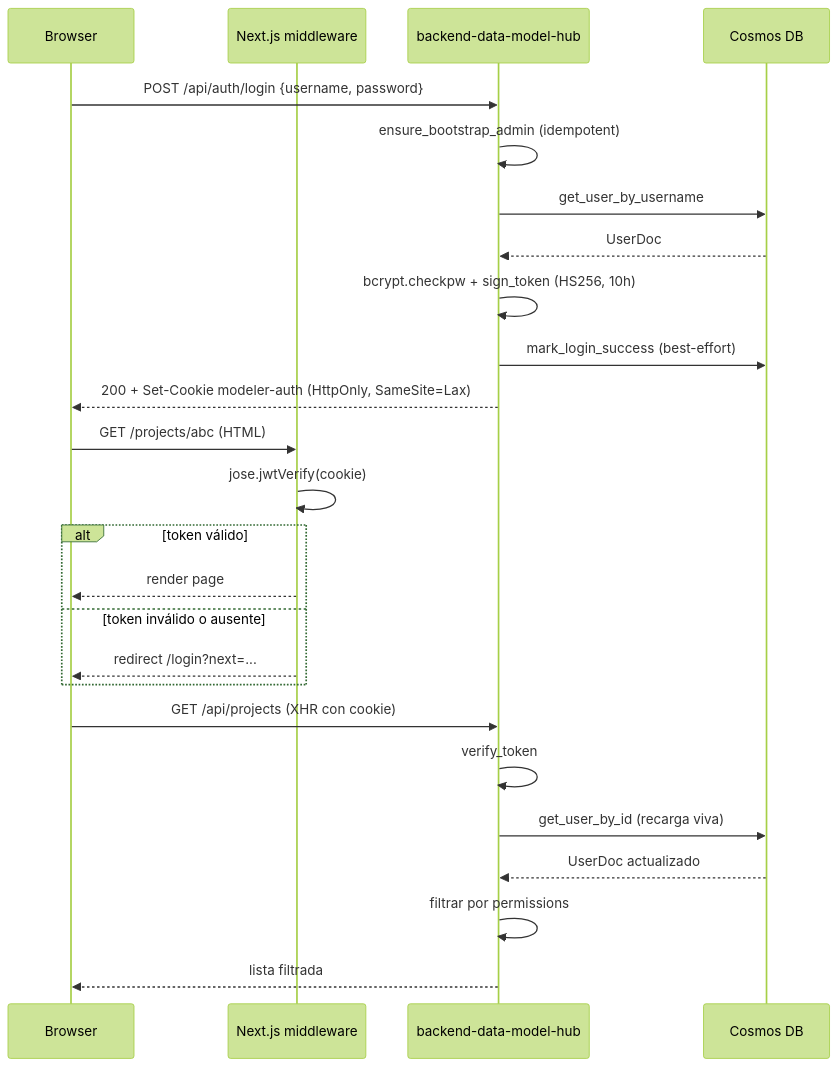
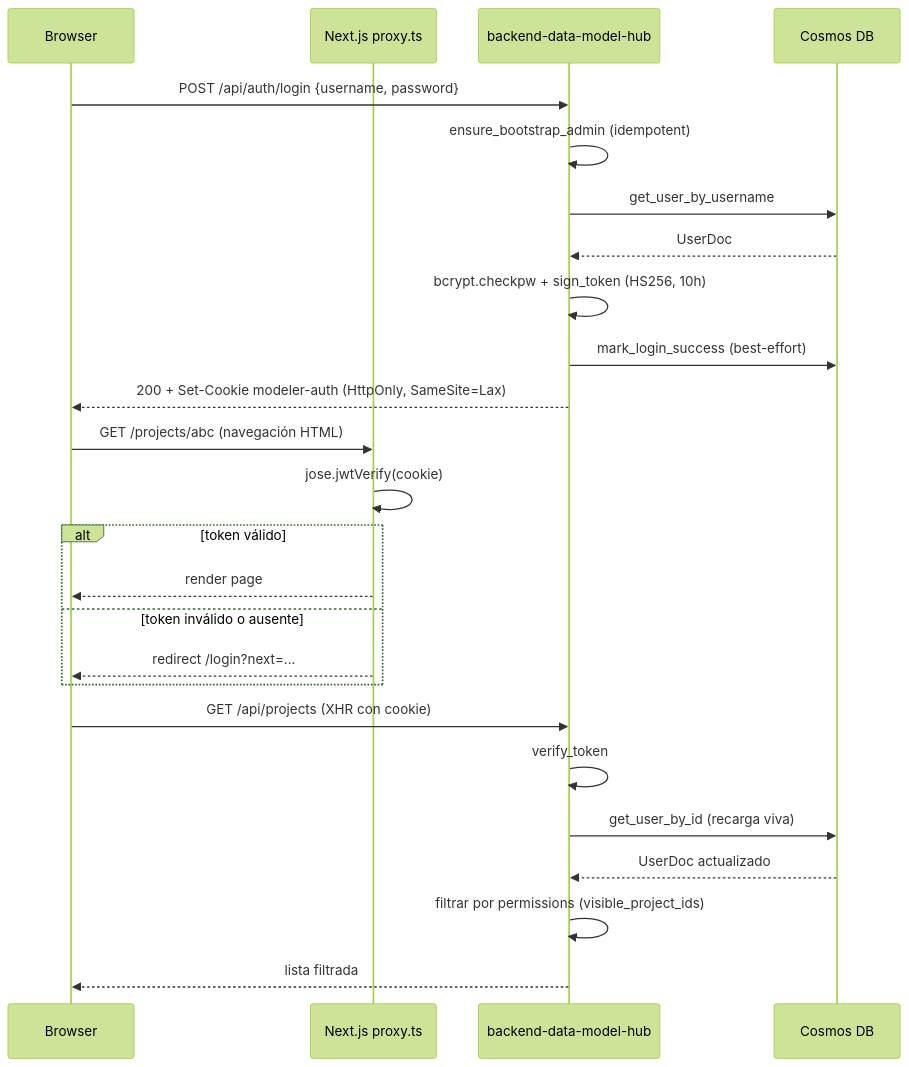
Before and after one commit to Carlosmps97/backend-data-model-hub: the second of 3 diagrams in doc/architecture.md, drawn with Mermaid (forest theme). The commit also changed other lines of this file and 23 other files, not shown here.

````diff
--- a/doc/architecture.md
+++ b/doc/architecture.md
@@ -188,30 +175,30 @@
 ```mermaid
 sequenceDiagram
     participant U as Browser
-    participant M as Next.js middleware
+    participant PX as Next.js proxy.ts
     participant FA as backend-data-model-hub
     participant DB as Cosmos DB
 
     U->>FA: POST /api/auth/login {username, password}
     FA->>FA: ensure_bootstrap_admin (idempotent)
     FA->>DB: get_user_by_username
     DB-->>FA: UserDoc
     FA->>FA: bcrypt.checkpw + sign_token (HS256, 10h)
     FA->>DB: mark_login_success (best-effort)
     FA-->>U: 200 + Set-Cookie modeler-auth (HttpOnly, SameSite=Lax)
 
-    U->>M: GET /projects/abc (HTML)
-    M->>M: jose.jwtVerify(cookie)
+    U->>PX: GET /projects/abc (navegación HTML)
+    PX->>PX: jose.jwtVerify(cookie)
     alt token válido
-        M-->>U: render page
+        PX-->>U: render page
     else token inválido o ausente
-        M-->>U: redirect /login?next=...
+        PX-->>U: redirect /login?next=...
     end
 
     U->>FA: GET /api/projects (XHR con cookie)
     FA->>FA: verify_token
     FA->>DB: get_user_by_id (recarga viva)
     DB-->>FA: UserDoc actualizado
-    FA->>FA: filtrar por permissions
+    FA->>FA: filtrar por permissions (visible_project_ids)
     FA-->>U: lista filtrada
 ```
````
